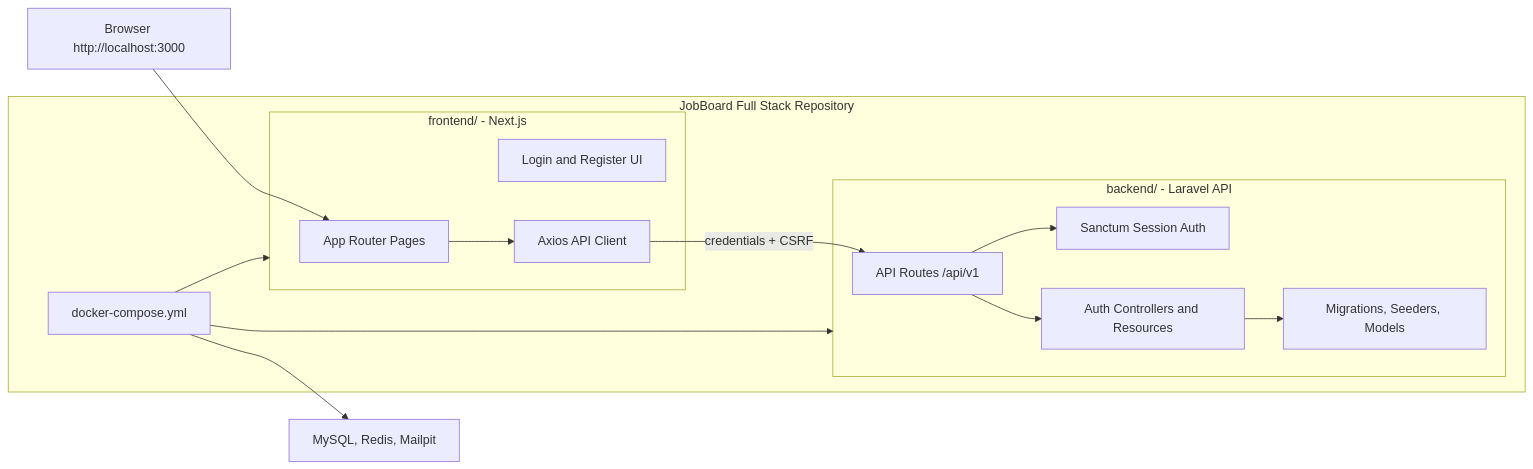
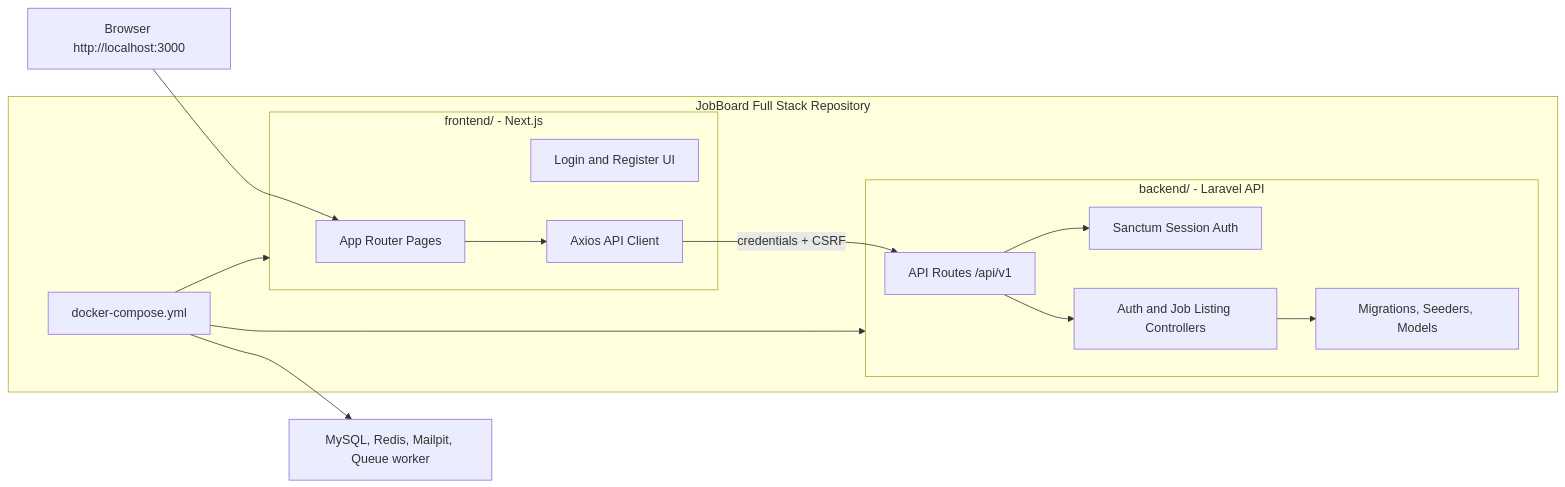
The diagram in README.md (darklordemperor/fullstack-jobboard), drawn with Mermaid before and after one commit. The commit also changed other lines of this file and 2 other files, not shown here.

First line of the commit message:
docs: document the clean-architecture layout and workflows

````diff
--- a/README.md
+++ b/README.md
@@ -52,29 +68,29 @@
 ```mermaid
 flowchart LR
     subgraph Repo["JobBoard Full Stack Repository"]
         subgraph Frontend["frontend/ - Next.js"]
             Pages["App Router Pages"]
             AuthUi["Login and Register UI"]
             ApiClient["Axios API Client"]
         end
 
         subgraph Backend["backend/ - Laravel API"]
             Routes["API Routes /api/v1"]
             Sanctum["Sanctum Session Auth"]
-            Controllers["Auth Controllers and Resources"]
+            Controllers["Auth and Job Listing Controllers"]
             Database["Migrations, Seeders, Models"]
         end
 
         Compose["docker-compose.yml"]
     end
 
     Browser["Browser http://localhost:3000"] --> Pages
     Pages --> ApiClient
     ApiClient -->|"credentials + CSRF"| Routes
     Routes --> Sanctum
     Routes --> Controllers
     Controllers --> Database
     Compose --> Frontend
     Compose --> Backend
-    Compose --> Services["MySQL, Redis, Mailpit"]
+    Compose --> Services["MySQL, Redis, Mailpit, Queue worker"]
 ```
````
